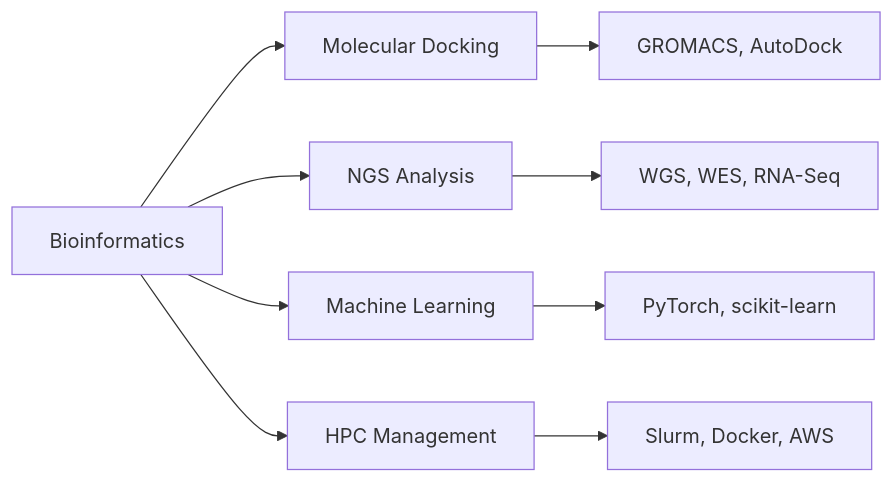
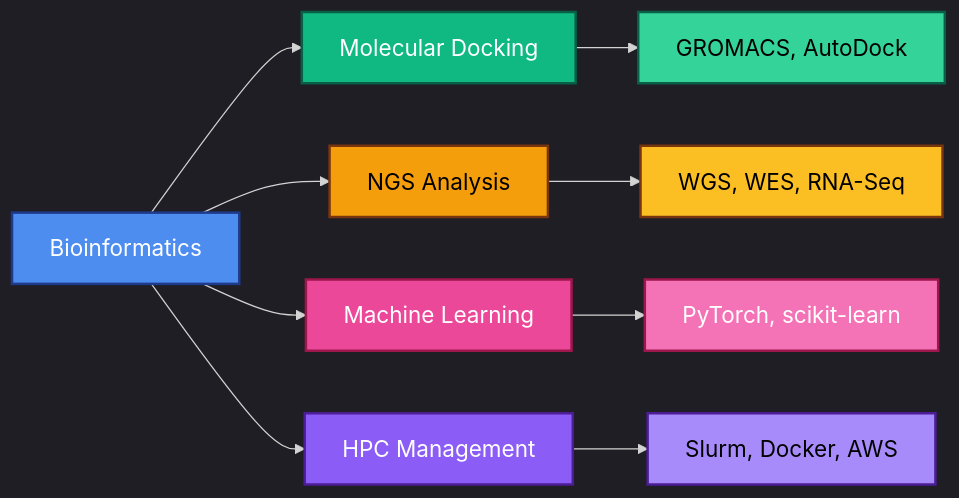
The first of 2 diagrams in README.md (NoorulemanAbid/nooruleman), drawn with Mermaid before and after one commit. The commit also changed other lines of this file, not shown here.

`````diff
--- a/README.md
+++ b/README.md
@@ -38,11 +35,24 @@
 ```mermaid
+%%{init: {'theme':'dark', 'themeVariables': { 'fontSize': '18px', 'primaryColor': '#1F6FEB', 'edgeLabelBackground':'#0D1117'}}}%%
 graph LR
     A[Bioinformatics] --> B[Molecular Docking]
     A --> C[NGS Analysis]
     A --> D[Machine Learning]
     A --> E[HPC Management]
     B --> F[GROMACS, AutoDock]
     C --> G[WGS, WES, RNA-Seq]
     D --> H[PyTorch, scikit-learn]
     E --> I[Slurm, Docker, AWS]
-```
+
+    %% Styles for better visibility
+    style A fill:#4D8DF0,stroke:#1E3A8A,stroke-width:2px,color:#ffffff
+    style B fill:#10B981,stroke:#065F46,stroke-width:2px,color:#ffffff
+    style C fill:#F59E0B,stroke:#78350F,stroke-width:2px,color:#000000
+    style D fill:#EC4899,stroke:#9D174D,stroke-width:2px,color:#ffffff
+    style E fill:#8B5CF6,stroke:#4C1D95,stroke-width:2px,color:#ffffff
+    style F fill:#34D399,stroke:#065F46,stroke-width:2px,color:#000000
+    style G fill:#FBBF24,stroke:#78350F,stroke-width:2px,color:#000000
+    style H fill:#F472B6,stroke:#9D174D,stroke-width:2px,color:#ffffff
+    style I fill:#A78BFA,stroke:#4C1D95,stroke-width:2px,color:#000000
+
+````
`````
